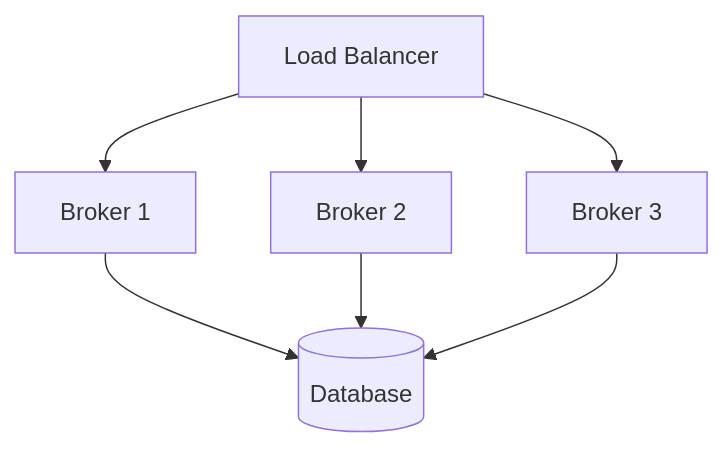
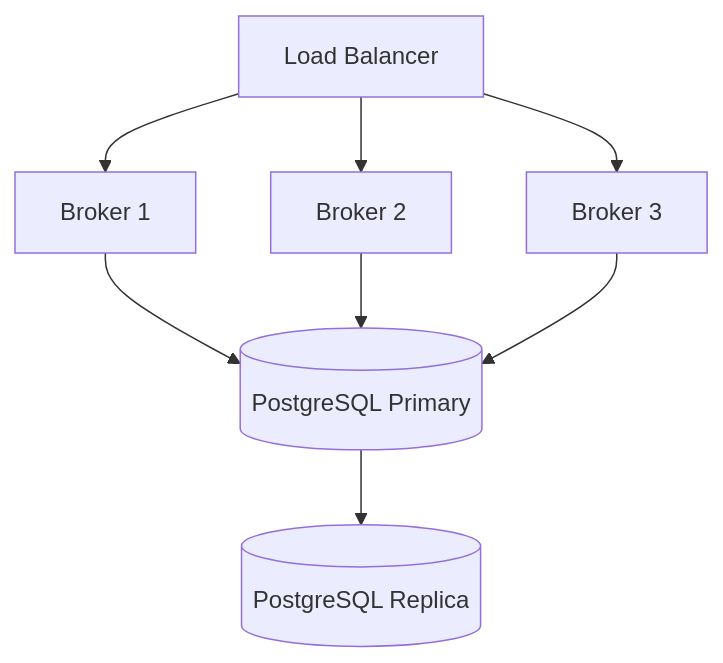
One commit to colliery-io/brokkr changed the fourth of 4 diagrams in docs/content/explanation/architecture.md. Above: the diagram before and after it, drawn with Mermaid. The commit also changed other lines of this file and 198 other files, not shown here.

````diff
--- a/docs/content/explanation/architecture.md
+++ b/docs/content/explanation/architecture.md
@@ -86,9 +278,10 @@
-```mermaid
+{{< mermaid >}}
 graph TD
     LB[Load Balancer] --> B1[Broker 1]
     LB --> B2[Broker 2]
     LB --> B3[Broker 3]
-    B1 --> DB[(Database)]
+    B1 --> DB[(PostgreSQL Primary)]
     B2 --> DB
     B3 --> DB
-```
+    DB --> DBR[(PostgreSQL Replica)]
+{{< /mermaid >}}
````
